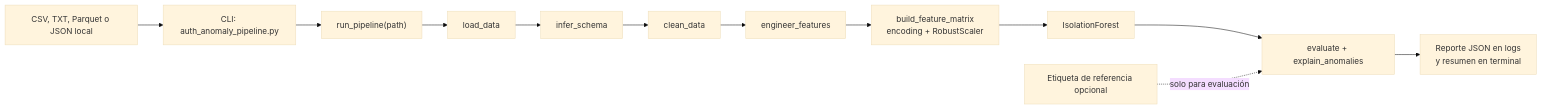
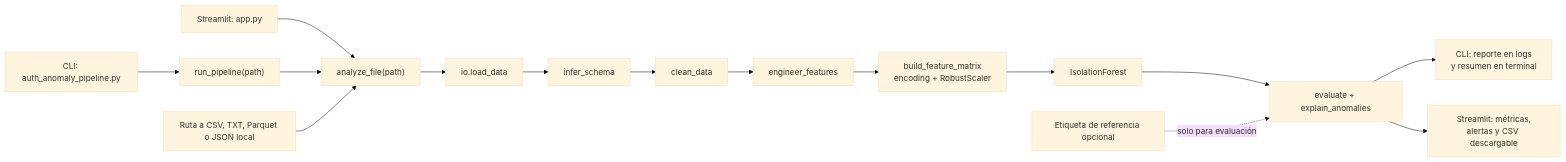
The diagram in README.md (carolina-cepeda/AccessAnalysis), drawn with Mermaid (base theme) before and after one commit. The commit also changed other lines of this file and 13 other files, not shown here.

````diff
--- a/README.md
+++ b/README.md
@@ -16,14 +16,17 @@
 ```mermaid
 flowchart LR
-    D["CSV, TXT, Parquet o JSON local"] --> CLI["CLI: auth_anomaly_pipeline.py"]
-    CLI --> RUN["run_pipeline(path)"]
-    RUN --> LOAD["load_data"]
+    CLI["CLI: auth_anomaly_pipeline.py"] --> RUN["run_pipeline(path)"]
+    WEB["Streamlit: app.py"] --> ANALYZE["analyze_file(path)"]
+    RUN --> ANALYZE
+    D["Ruta a CSV, TXT, Parquet o JSON local"] --> ANALYZE
+    ANALYZE --> LOAD["io.load_data"]
     LOAD --> SCHEMA["infer_schema"]
     SCHEMA --> CLEAN["clean_data"]
     CLEAN --> FEATURES["engineer_features"]
     FEATURES --> MATRIX["build_feature_matrix<br/>encoding + RobustScaler"]
     MATRIX --> MODEL["IsolationForest"]
     MODEL --> REPORT["evaluate + explain_anomalies"]
     LABEL["Etiqueta de referencia opcional"] -. "solo para evaluación" .-> REPORT
-    REPORT --> OUTPUT["Reporte JSON en logs<br/>y resumen en terminal"]
+    REPORT --> CLI_OUT["CLI: reporte en logs<br/>y resumen en terminal"]
+    REPORT --> WEB_OUT["Streamlit: métricas,<br/>alertas y CSV descargable"]
 ```
````
